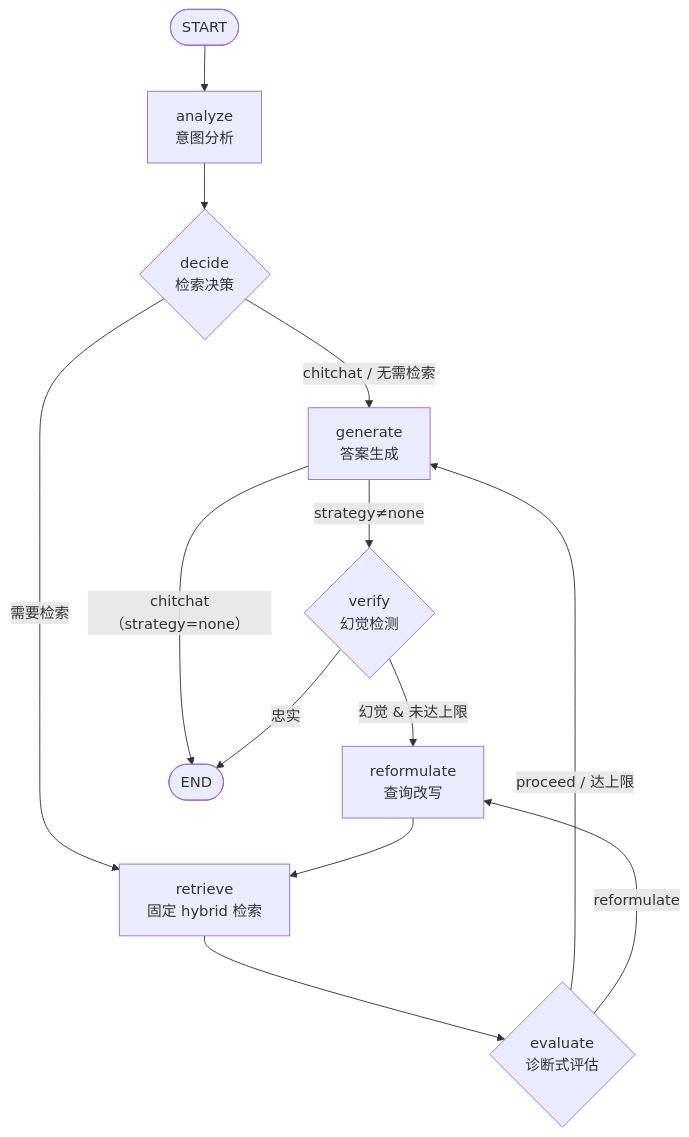
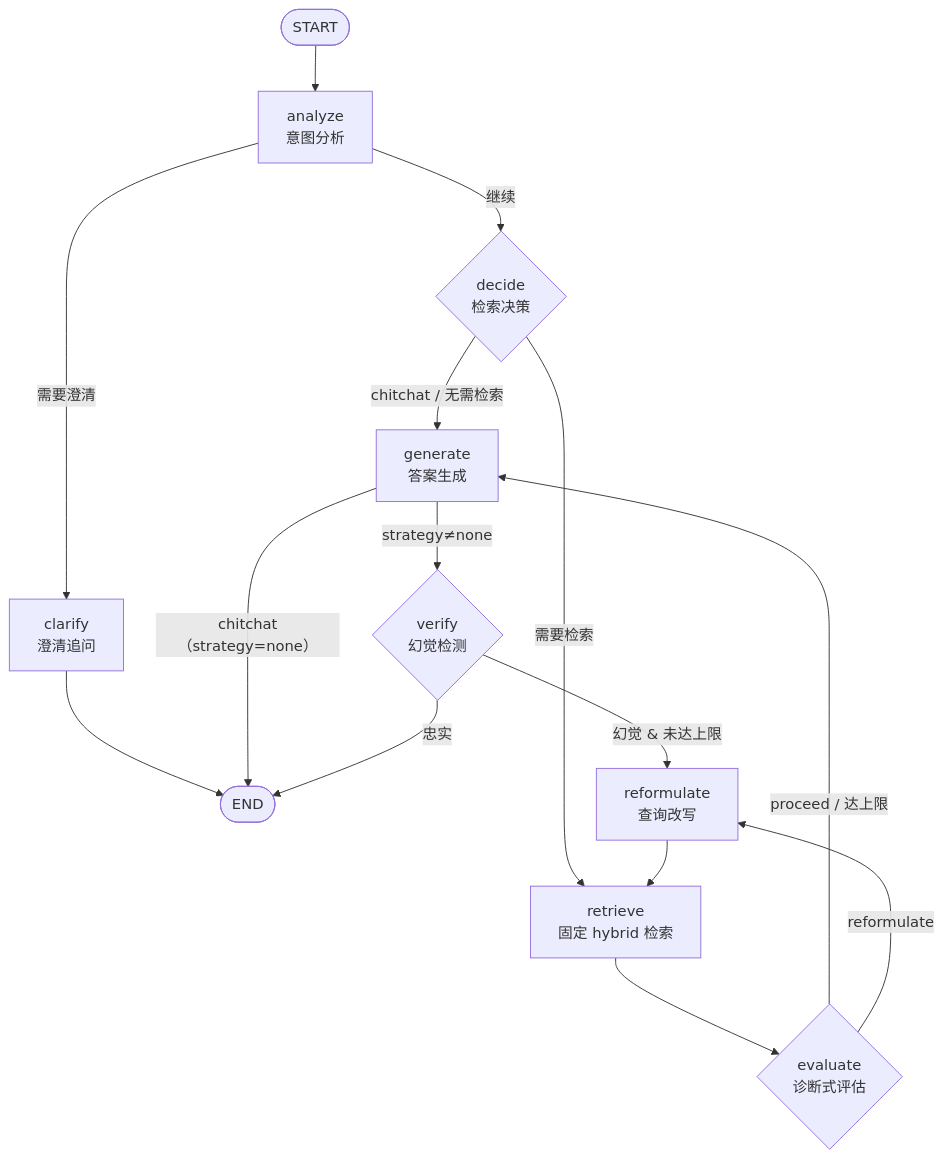
The diagram in README.md (yyc2417/RAGForge), drawn with Mermaid before and after one commit. The commit also changed other lines of this file and 8 other files, not shown here.

````diff
--- a/README.md
+++ b/README.md
@@ -13,15 +15,17 @@
 ```mermaid
 flowchart TD
     START([START]) --> analyze[analyze<br/>意图分析]
-    analyze --> decide{decide<br/>检索决策}
+    analyze -->|需要澄清| clarify[clarify<br/>澄清追问]
+    clarify --> END([END])
+    analyze -->|继续| decide{decide<br/>检索决策}
     decide -->|chitchat / 无需检索| generate[generate<br/>答案生成]
     decide -->|需要检索| retrieve[retrieve<br/>固定 hybrid 检索]
     retrieve --> evaluate{evaluate<br/>诊断式评估}
     evaluate -->|proceed / 达上限| generate
     evaluate -->|reformulate| reformulate[reformulate<br/>查询改写]
     reformulate --> retrieve
     generate -->|strategy≠none| verify{verify<br/>幻觉检测}
     generate -->|chitchat（strategy=none）| END([END])
     verify -->|忠实| END
     verify -->|幻觉 & 未达上限| reformulate
 ```
````
